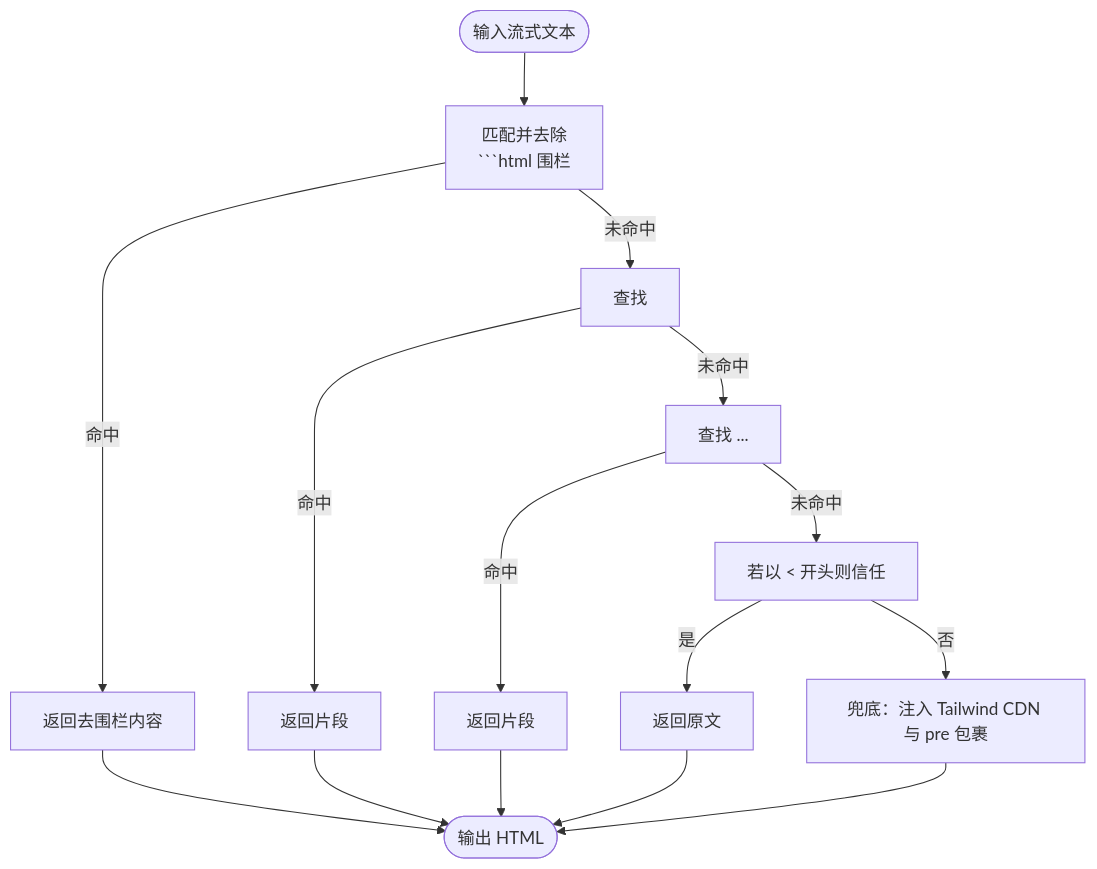
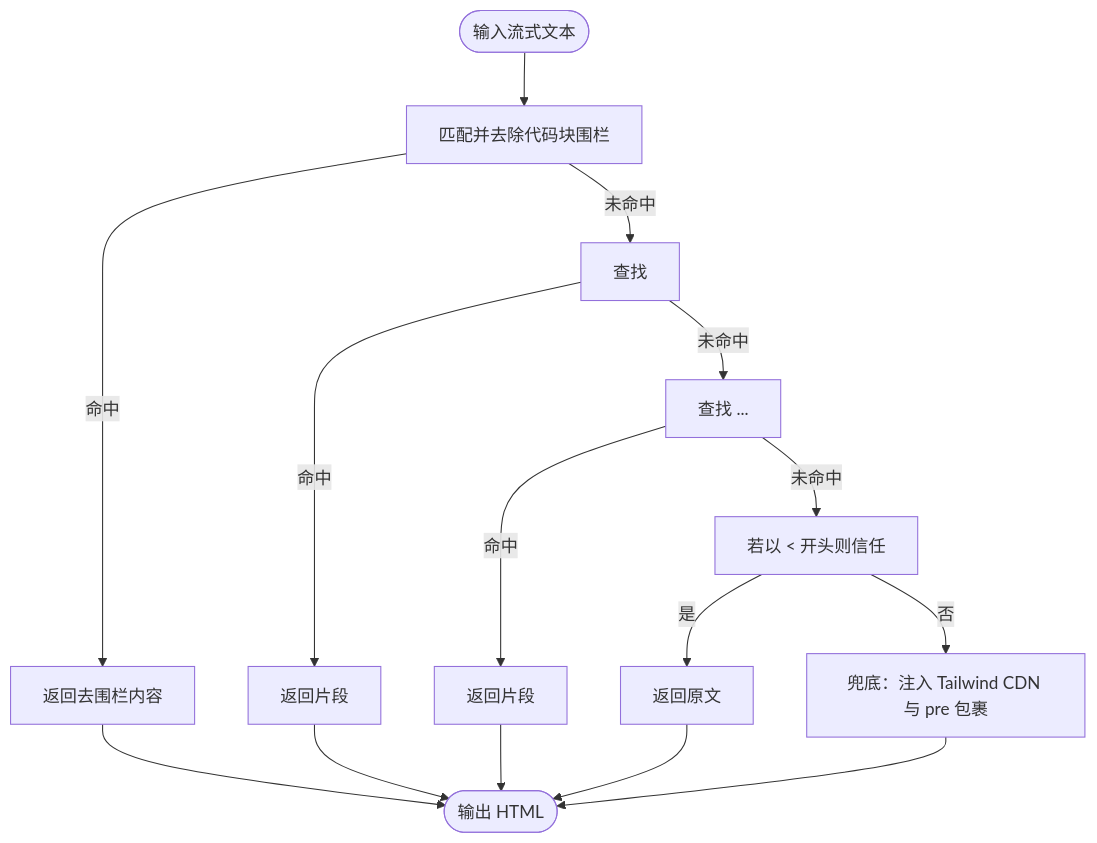
The fifth of 11 diagrams in .qoder/repowiki/zh/content/API参考/工具函数API.md (ZhongXiandou/markdown2view), drawn with Mermaid before and after one commit. The commit also changed other lines of this file and 21 other files, not shown here.

````diff
--- a/.qoder/repowiki/zh/content/API参考/工具函数API.md
+++ b/.qoder/repowiki/zh/content/API参考/工具函数API.md
@@ -251,18 +260,17 @@
 ```mermaid
 flowchart TD
-S(["输入流式文本"]) --> Fence["匹配并去除
-```html 围栏"]
-  Fence -->|命中| ReturnFence["返回去围栏内容"]
-  Fence -->|未命中| Doctype["查找 <!DOCTYPE html ... </html>"]
-  Doctype -->|命中| ReturnDoctype["返回片段"]
-  Doctype -->|未命中| HtmlTag["查找 <html> ... </html>"]
-  HtmlTag -->|命中| ReturnHtml["返回片段"]
-  HtmlTag -->|未命中| TrustOpen["若以 < 开头则信任"]
-  TrustOpen -->|是| ReturnOpen["返回原文"]
-  TrustOpen -->|否| Wrap["兜底：注入 Tailwind CDN 与 pre 包裹"]
-  ReturnFence --> End(["输出 HTML"])
-  ReturnDoctype --> End
-  ReturnHtml --> End
-  ReturnOpen --> End
-  Wrap --> End
+S(["输入流式文本"]) --> Fence["匹配并去除代码块围栏"]
+Fence --> |命中| ReturnFence["返回去围栏内容"]
+Fence --> |未命中| Doctype["查找 <!DOCTYPE html ... </html>"]
+Doctype --> |命中| ReturnDoctype["返回片段"]
+Doctype --> |未命中| HtmlTag["查找 <html> ... </html>"]
+HtmlTag --> |命中| ReturnHtml["返回片段"]
+HtmlTag --> |未命中| TrustOpen["若以 < 开头则信任"]
+TrustOpen --> |是| ReturnOpen["返回原文"]
+TrustOpen --> |否| Wrap["兜底：注入 Tailwind CDN 与 pre 包裹"]
+ReturnFence --> End(["输出 HTML"])
+ReturnDoctype --> End
+ReturnHtml --> End
+ReturnOpen --> End
+Wrap --> End
 ```
````
